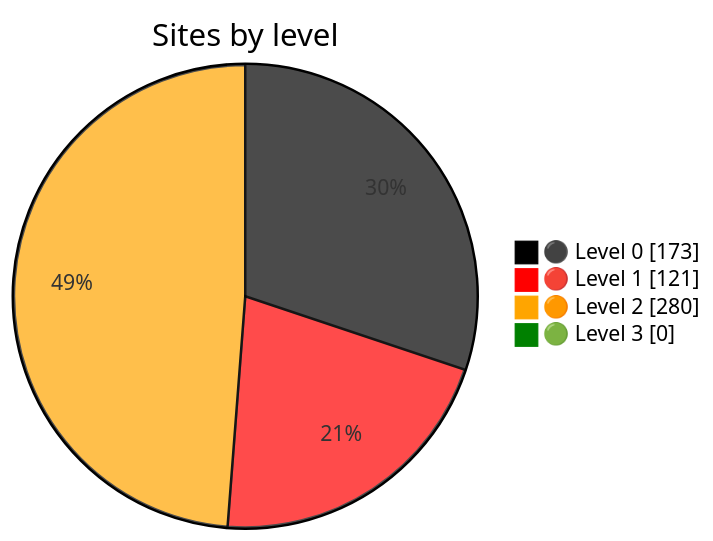
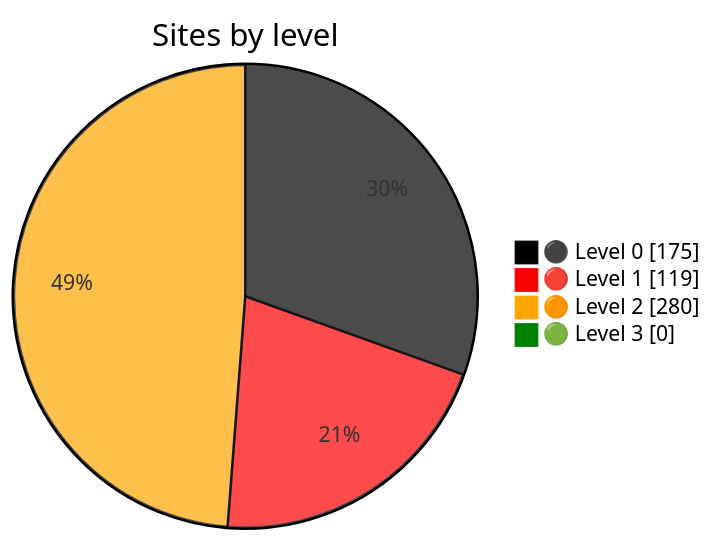
Before and after one commit to Dushmilan/gov_lk_web_auditor: the diagram in README.md, drawn with Mermaid. The commit also changed other lines of this file and 2593 other files, not shown here.

````diff
--- a/README.md
+++ b/README.md
@@ -24,9 +24,9 @@
 ```mermaid
 %%{init: {"themeVariables":{"pie1":"black","pie2":"red","pie3":"orange","pie4":"green"}}}%%
 pie showData
     title Sites by level
-    "⚫ Level 0" : 173
-    "🔴 Level 1" : 121
+    "⚫ Level 0" : 175
+    "🔴 Level 1" : 119
     "🟠 Level 2" : 280
     "🟢 Level 3" : 0
 ```
````
